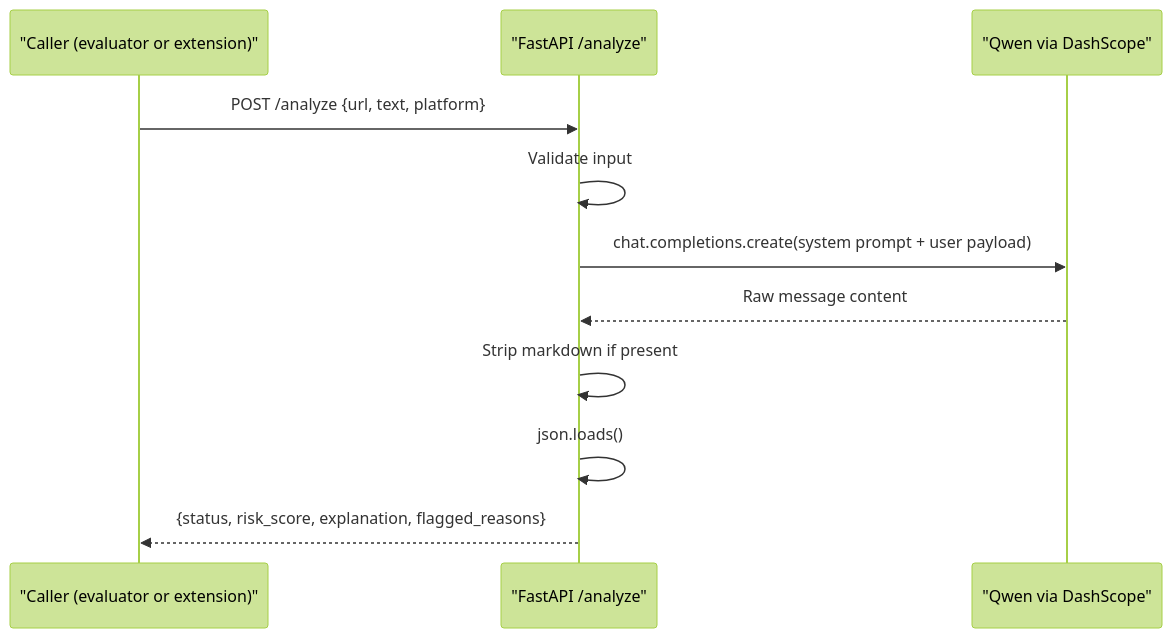
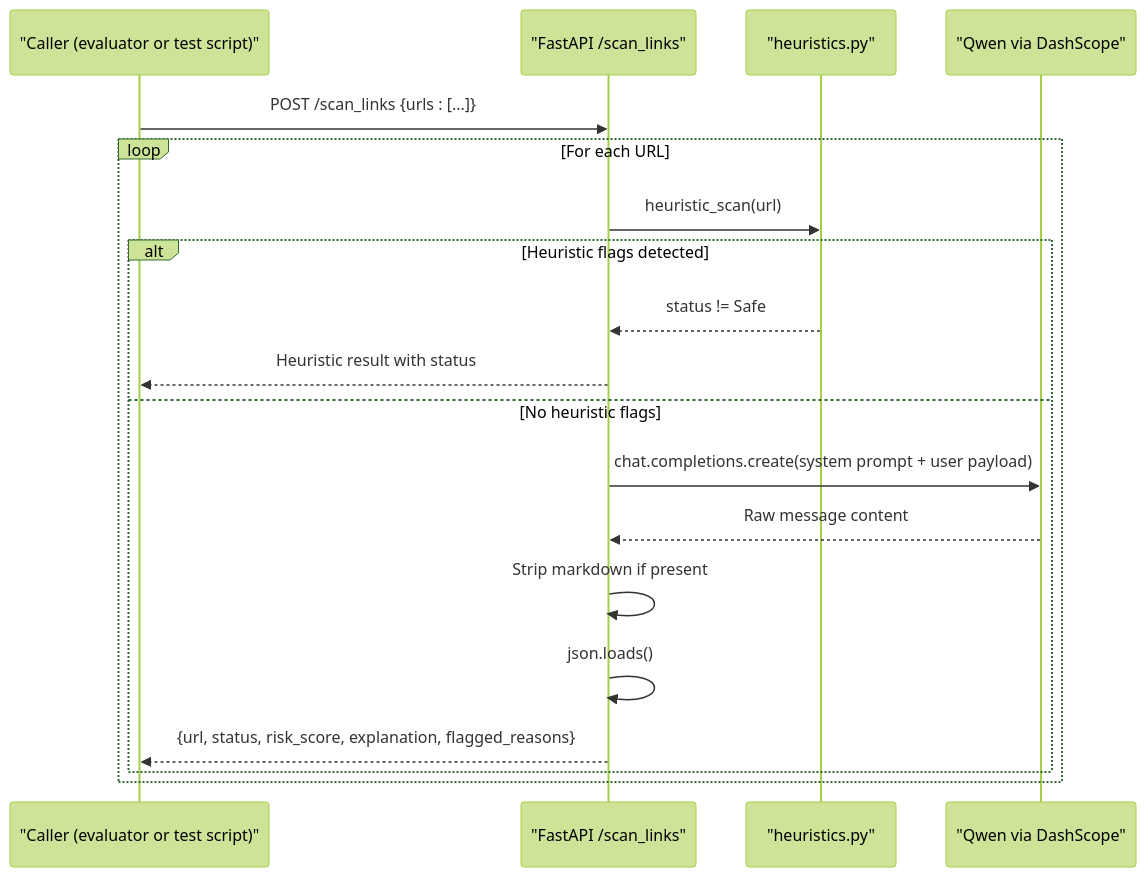
Before and after one commit to Aymanaahh/scrollguard-ai: the fifth of 6 diagrams in .qoder/repowiki/en/content/Evaluation and Testing Framework.md, drawn with Mermaid (forest theme). The commit also changed other lines of this file and 36 other files, not shown here.

Commit message:
Major refactor: async backend, improved heuristics, modernized popup UI, and optimized content script with MutationObserver + deduplication

````diff
--- a/.qoder/repowiki/en/content/Evaluation and Testing Framework.md
+++ b/.qoder/repowiki/en/content/Evaluation and Testing Framework.md
@@ -158,13 +224,21 @@
 ```mermaid
 sequenceDiagram
-participant Client as "Caller (evaluator or extension)"
-participant API as "FastAPI /analyze"
+participant Client as "Caller (evaluator or test script)"
+participant API as "FastAPI /scan_links"
+participant Heur as "heuristics.py"
 participant Model as "Qwen via DashScope"
-Client->>API : POST /analyze {url, text, platform}
-API->>API : Validate input
+Client->>API : POST /scan_links {urls : [...]}
+loop For each URL
+API->>Heur : heuristic_scan(url)
+alt Heuristic flags detected
+Heur-->>API : status != Safe
+API-->>Client : Heuristic result with status
+else No heuristic flags
 API->>Model : chat.completions.create(system prompt + user payload)
 Model-->>API : Raw message content
 API->>API : Strip markdown if present
 API->>API : json.loads()
-API-->>Client : {status, risk_score, explanation, flagged_reasons}
+API-->>Client : {url, status, risk_score, explanation, flagged_reasons}
+end
+end
 ```
````
